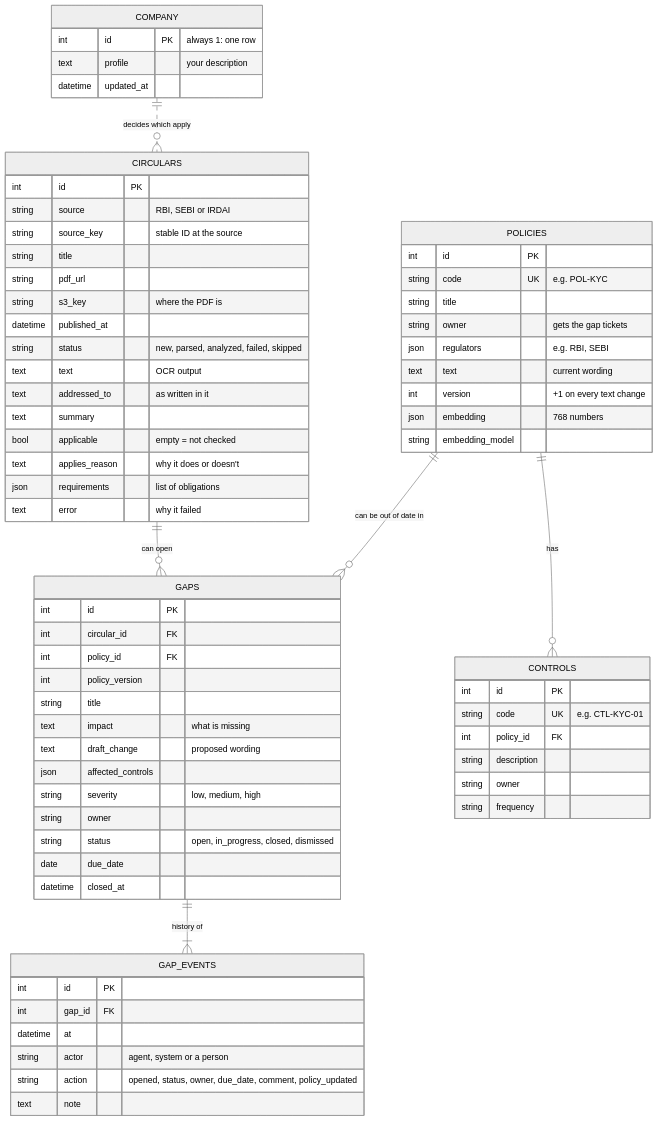
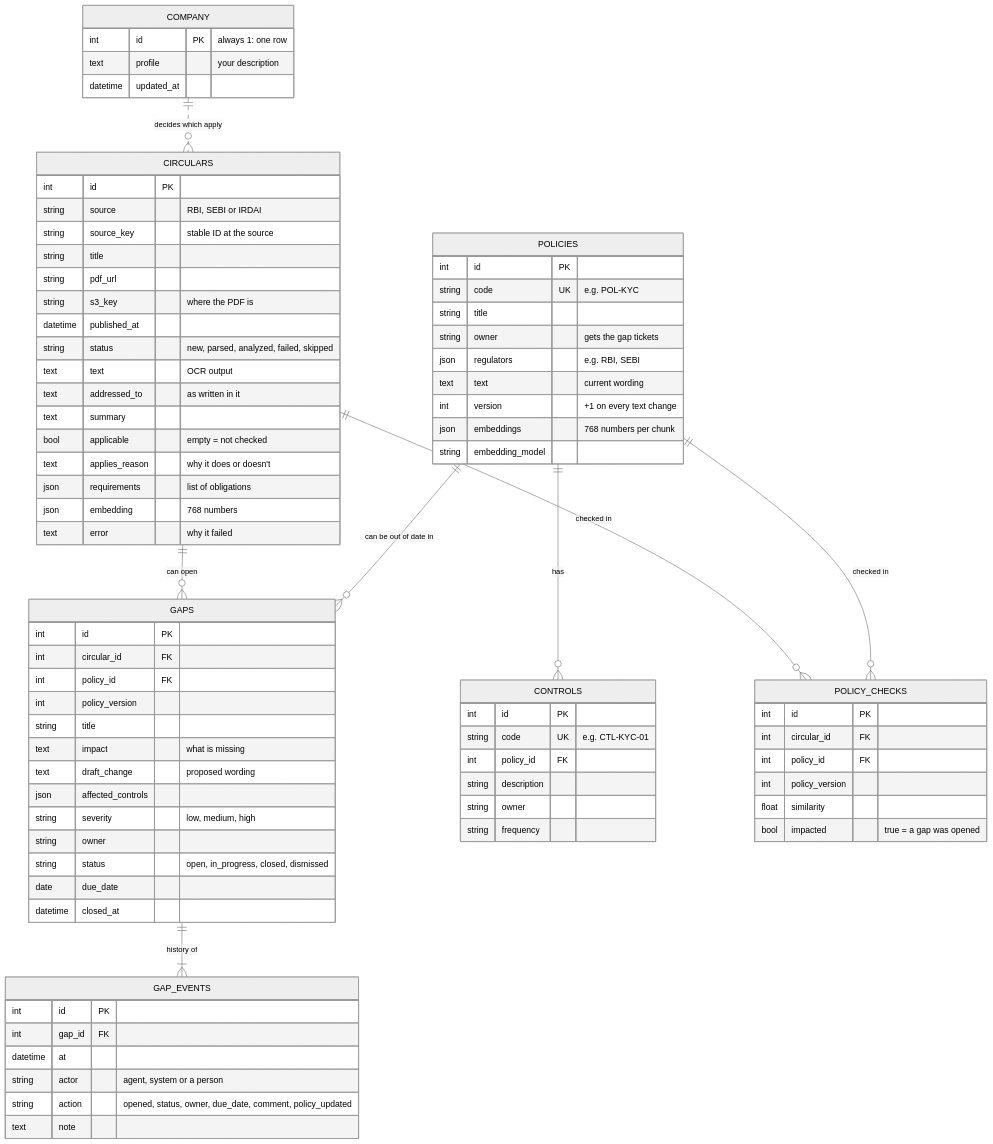
The tenth of 16 diagrams in how_it_works.md (selvakumarperumal/Regulatory_Circular_Impact_Agent), drawn with Mermaid (neutral theme) before and after one commit. The commit also changed other lines of this file and 15 other files, not shown here.

```diff
--- a/how_it_works.md
+++ b/how_it_works.md
@@ -403,6 +443,8 @@
     POLICIES ||--o{ GAPS : "can be out of date in"
     POLICIES ||--o{ CONTROLS : has
     GAPS ||--|{ GAP_EVENTS : "history of"
+    CIRCULARS ||--o{ POLICY_CHECKS : "checked in"
+    POLICIES ||--o{ POLICY_CHECKS : "checked in"
     COMPANY ||..o{ CIRCULARS : "decides which apply"
 
     CIRCULARS {
@@ -420,6 +462,7 @@
         bool applicable "empty = not checked"
         text applies_reason "why it does or doesn't"
         json requirements "list of obligations"
+        json embedding "768 numbers"
         text error "why it failed"
     }
     COMPANY {
@@ -435,8 +478,16 @@
         json regulators "e.g. RBI, SEBI"
         text text "current wording"
         int version "+1 on every text change"
-        json embedding "768 numbers"
+        json embeddings "768 numbers per chunk"
         string embedding_model
+    }
+    POLICY_CHECKS {
+        int id PK
+        int circular_id FK
+        int policy_id FK
+        int policy_version
+        float similarity
+        bool impacted "true = a gap was opened"
     }
     CONTROLS {
         int id PK
```
